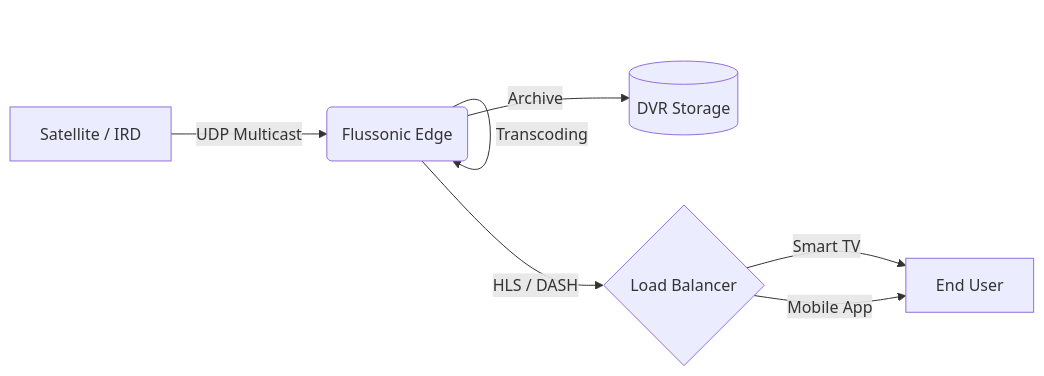
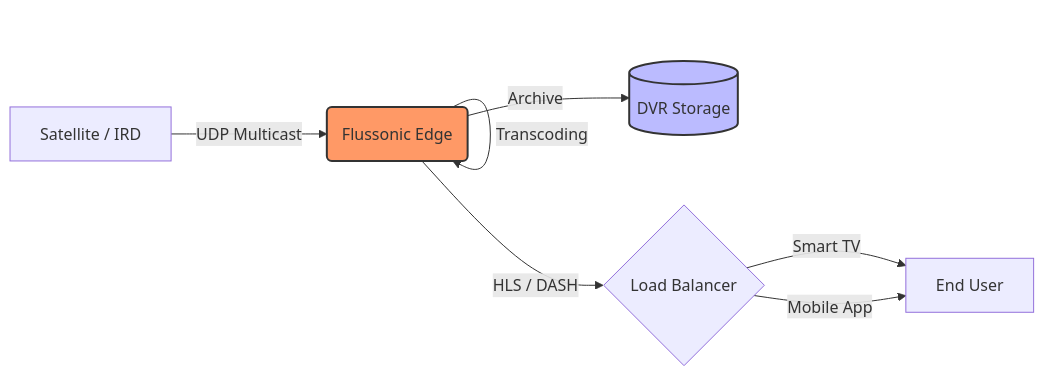
The diagram in README.md (sohag1192/Flussonic-Media-Sever), drawn with Mermaid before and after one commit. The commit also changed other lines of this file, not shown here.

`````diff
--- a/README.md
+++ b/README.md
@@ -28,9 +25,11 @@
 ```mermaid
 graph LR
     A[Satellite / IRD] -->|UDP Multicast| B(Flussonic Edge)
     B -->|Transcoding| B
     B -->|HLS / DASH| C{Load Balancer}
     C -->|Smart TV| D[End User]
     C -->|Mobile App| D
     B -->|Archive| E[(DVR Storage)]
+    style B fill:#f96,stroke:#333,stroke-width:2px
+    style E fill:#bbf,stroke:#333,stroke-width:2px
 ````
`````
